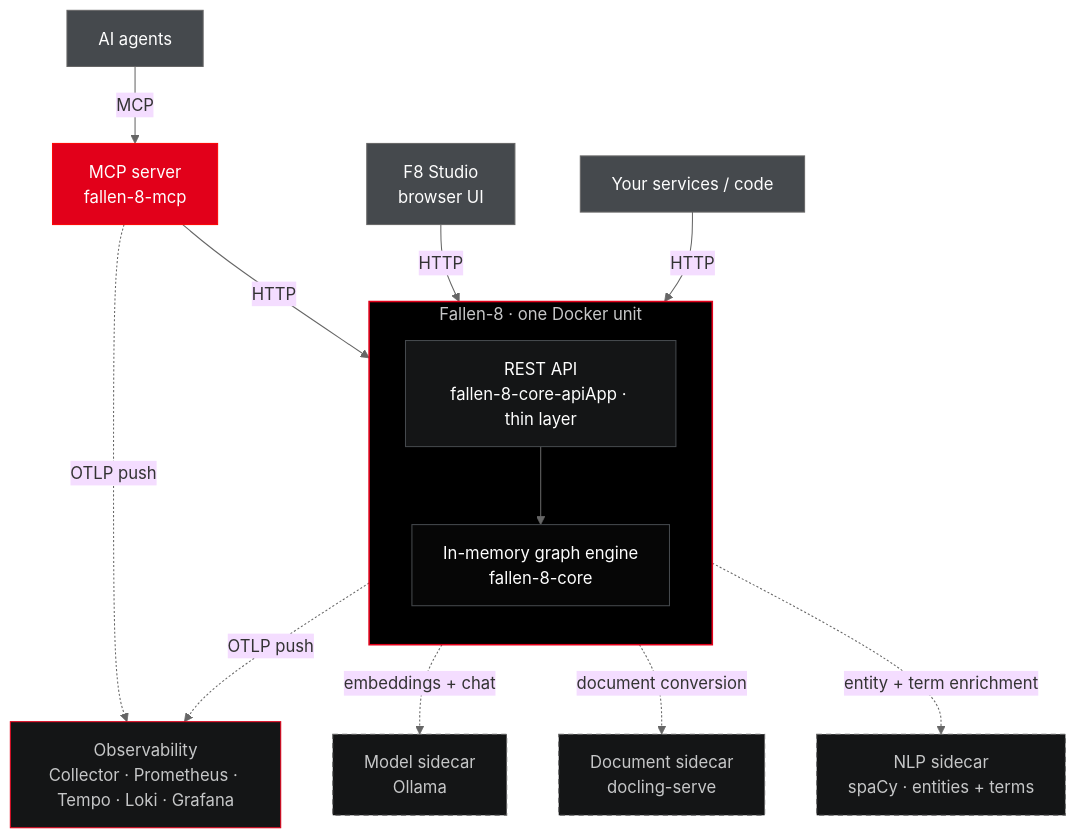
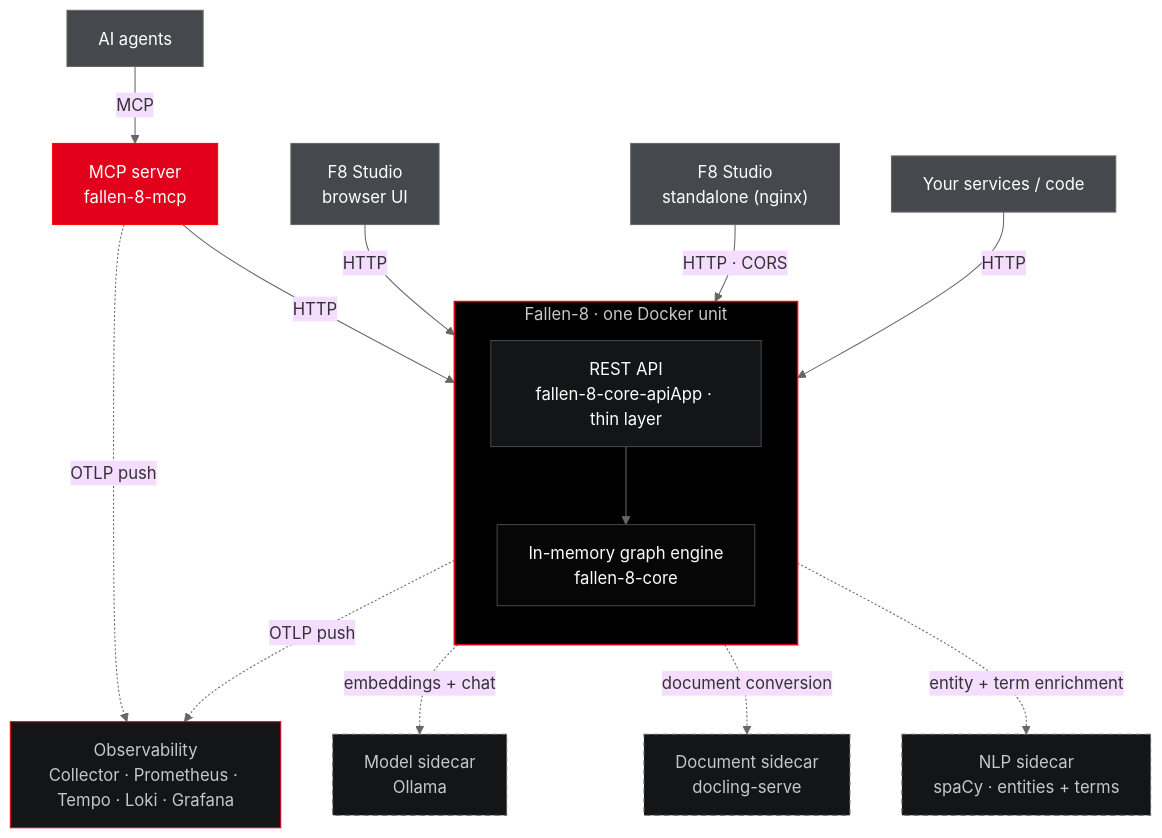
One commit to cosh/fallen-8-core changed the diagram in README.md. Above: the diagram before and after it, drawn with Mermaid. The commit also changed other lines of this file and 10 other files, not shown here.

First line of the commit message:
standalone-ui: docs, architecture diagrams, and CI image build (phase 6)

````diff
--- a/README.md
+++ b/README.md
@@ -82,39 +86,41 @@
 ```mermaid
 %%{init: {'theme':'base','themeVariables':{'fontFamily':'ui-monospace, SFMono-Regular, Menlo, Consolas, monospace','lineColor':'#666666'}}}%%
 flowchart TB
     agents["AI agents"]:::client
     studio["F8 Studio<br/>browser UI"]:::client
+    uistandalone["F8 Studio<br/>standalone (nginx)"]:::client
     services["Your services / code"]:::client
 
     mcp["MCP server<br/>fallen-8-mcp"]:::mcp
 
     subgraph unit["Fallen-8 · one Docker unit"]
         direction TB
         rest["REST API<br/>fallen-8-core-apiApp · thin layer"]:::api
         engine["In-memory graph engine<br/>fallen-8-core"]:::engine
         rest --> engine
     end
 
     sidecar["Model sidecar<br/>Ollama"]:::ext
     docling["Document sidecar<br/>docling-serve"]:::ext
     nlp["NLP sidecar<br/>spaCy · entities + terms"]:::ext
     obs["Observability<br/>Collector · Prometheus · Tempo · Loki · Grafana"]:::obs
 
     agents -->|MCP| mcp
     mcp -->|HTTP| rest
     studio -->|HTTP| rest
+    uistandalone -->|HTTP · CORS| rest
     services -->|HTTP| rest
     rest -.->|embeddings + chat| sidecar
     rest -.->|document conversion| docling
     rest -.->|entity + term enrichment| nlp
     rest -.->|OTLP push| obs
     mcp -.->|OTLP push| obs
 
     classDef client fill:#45494D,stroke:#666666,color:#FEFEFE
     classDef mcp fill:#E2001A,stroke:#FC0606,color:#FEFEFE
     classDef api fill:#141516,stroke:#45494D,color:#FEFEFE
     classDef engine fill:#060606,stroke:#45494D,color:#FEFEFE
     classDef ext fill:#141516,stroke:#666666,color:#C6C7C8,stroke-dasharray:5 4
     classDef obs fill:#141516,stroke:#E2001A,color:#C6C7C8
     style unit fill:#000000,stroke:#E2001A,stroke-width:1.5px,color:#C6C7C8
 ```
````
